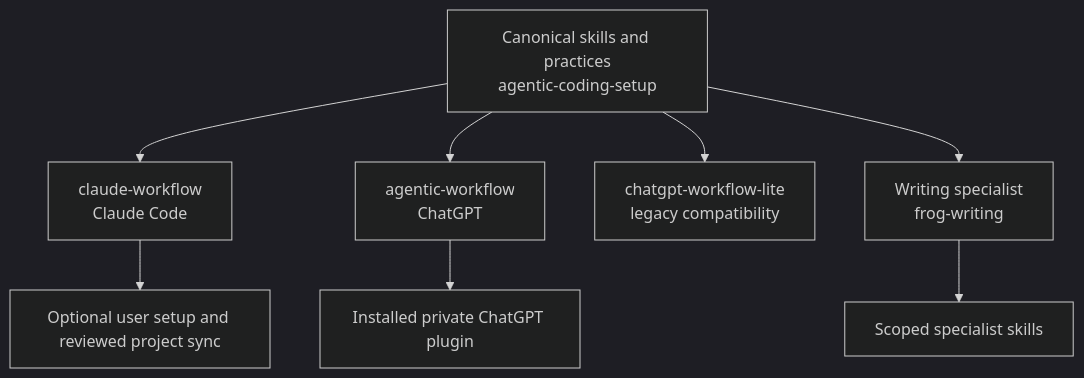
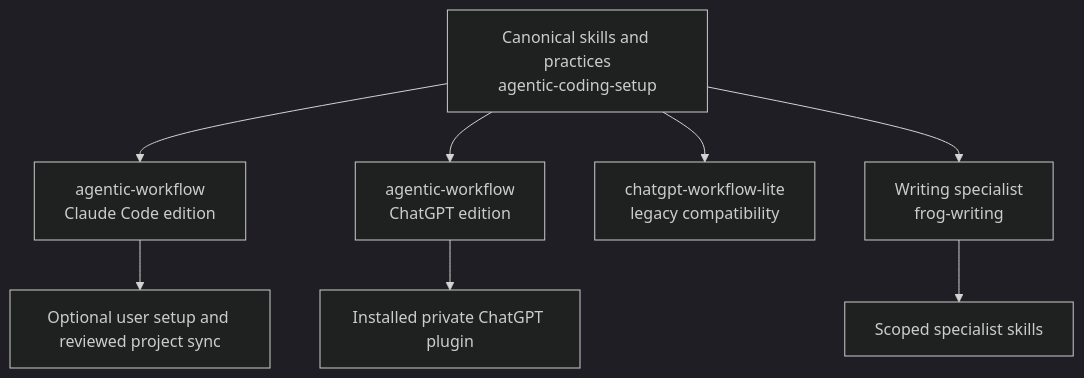
Before and after one commit to ogfrench/agentic-coding-setup: the first of 2 diagrams in plugins/agent-workflow/skills/product-passport/references/plugin-product-map.md, drawn with Mermaid (dark theme). The commit also changed other lines of this file and 18 other files, not shown here.

Commit message:
Rename the Claude Code edition to agentic-workflow (2026.11.4) (#73)

````diff
--- a/plugins/agent-workflow/skills/product-passport/references/plugin-product-map.md
+++ b/plugins/agent-workflow/skills/product-passport/references/plugin-product-map.md
@@ -7,10 +7,10 @@
 ```mermaid
 flowchart TB
-  Source["Canonical skills and practices<br/>agentic-coding-setup"] --> Claude["claude-workflow<br/>Claude Code"]
-  Source --> ChatGPT["agentic-workflow<br/>ChatGPT"]
+  Source["Canonical skills and practices<br/>agentic-coding-setup"] --> Claude["agentic-workflow<br/>Claude Code edition"]
+  Source --> ChatGPT["agentic-workflow<br/>ChatGPT edition"]
   Source --> Lite["chatgpt-workflow-lite<br/>legacy compatibility"]
   Source --> Specialist["Writing specialist<br/>frog-writing"]
   Claude --> Sync["Optional user setup and reviewed project sync"]
   ChatGPT --> Host["Installed private ChatGPT plugin"]
   Specialist --> Use["Scoped specialist skills"]
 ```
````
